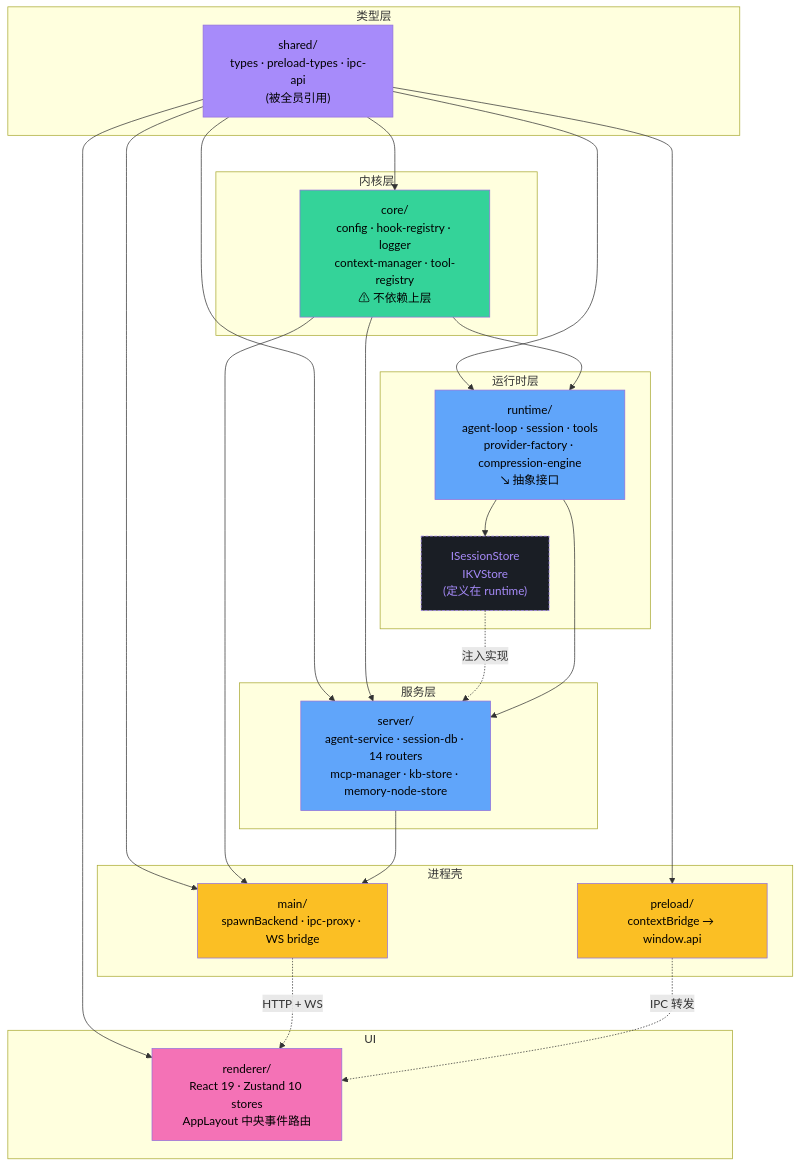
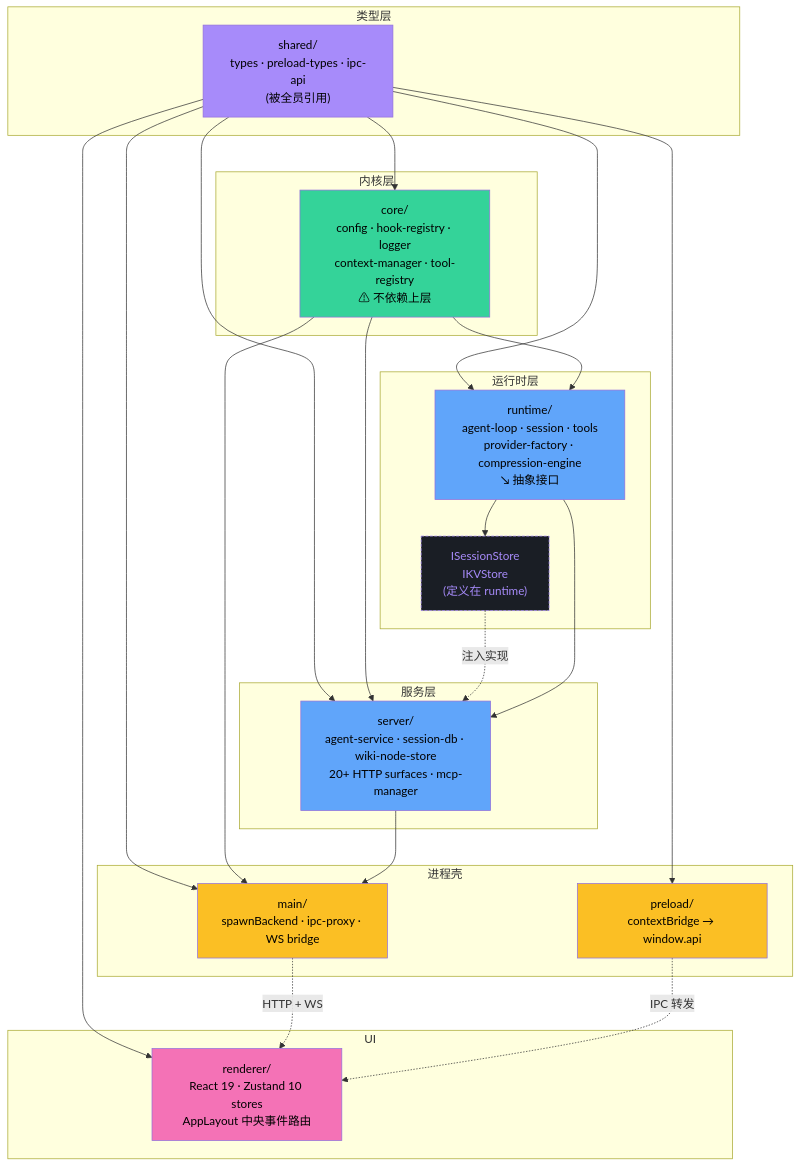
The first of 2 diagrams in docs/arch/02-module-structure.md (LanicBlue/zero-core), drawn with Mermaid before and after one commit. The commit also changed other lines of this file and 53 other files, not shown here.

````diff
--- a/docs/arch/02-module-structure.md
+++ b/docs/arch/02-module-structure.md
@@ -359,53 +339,53 @@
 ```mermaid
 graph TB
     subgraph "类型层"
         Shared["shared/<br/>types · preload-types · ipc-api<br/>(被全员引用)"]
     end
 
     subgraph "内核层"
         Core["core/<br/>config · hook-registry · logger<br/>context-manager · tool-registry<br/>⚠ 不依赖上层"]
     end
 
     subgraph "运行时层"
         Runtime["runtime/<br/>agent-loop · session · tools<br/>provider-factory · compression-engine<br/>↘ 抽象接口"]
         Interface["ISessionStore<br/>IKVStore<br/>(定义在 runtime)"]
     end
 
     subgraph "服务层"
-        Server["server/<br/>agent-service · session-db · 14 routers<br/>mcp-manager · kb-store · memory-node-store"]
+        Server["server/<br/>agent-service · session-db · wiki-node-store<br/>20+ HTTP surfaces · mcp-manager"]
     end
 
     subgraph "进程壳"
         Main["main/<br/>spawnBackend · ipc-proxy · WS bridge"]
         Preload["preload/<br/>contextBridge → window.api"]
     end
 
     subgraph "UI"
         Renderer["renderer/<br/>React 19 · Zustand 10 stores<br/>AppLayout 中央事件路由"]
     end
 
     Shared --> Core
     Shared --> Runtime
     Shared --> Server
     Shared --> Main
     Shared --> Preload
     Shared --> Renderer
     Core --> Runtime
     Core --> Server
     Core --> Main
     Runtime --> Interface
     Interface -. "注入实现" .-> Server
     Runtime --> Server
     Server --> Main
     Main -. "HTTP + WS" .-> Renderer
     Preload -. "IPC 转发" .-> Renderer
 
     style Shared fill:#a78bfa,color:#000
     style Core fill:#34d399,color:#000
     style Runtime fill:#60a5fa,color:#000
     style Server fill:#60a5fa,color:#000
     style Main fill:#fbbf24,color:#000
     style Preload fill:#fbbf24,color:#000
     style Renderer fill:#f472b6,color:#000
     style Interface fill:#1a1e25,stroke:#a78bfa,stroke-dasharray: 4 2,color:#a78bfa
 ```
````
